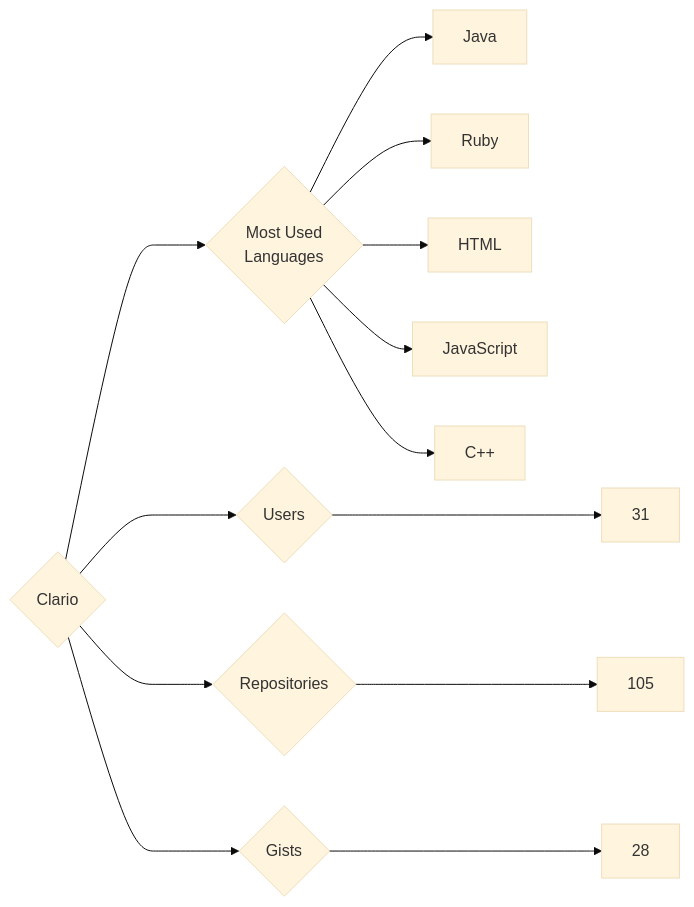
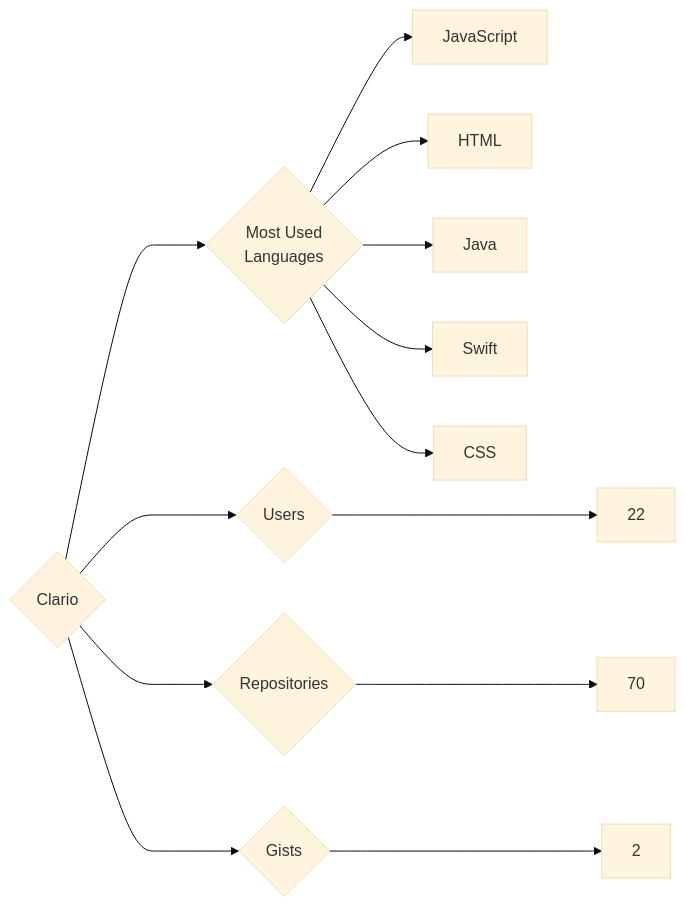
Before and after one commit to trickest/insiders: the diagram in targets/Clario/README.md, drawn with Mermaid (base theme). The commit also changed 750 other files, not shown here.

````diff
--- a/targets/Clario/README.md
+++ b/targets/Clario/README.md
@@ -3,13 +3,13 @@
 ```mermaid
 graph LR
 COMPANY_NAME{Clario}
-COMPANY_NAME ---> U{Users} ---> UN[31]
-COMPANY_NAME ---> R{Repositories} ---> RN[105]
-COMPANY_NAME ---> G{Gists} ---> GN[28]
+COMPANY_NAME ---> U{Users} ---> UN[22]
+COMPANY_NAME ---> R{Repositories} ---> RN[70]
+COMPANY_NAME ---> G{Gists} ---> GN[2]
 COMPANY_NAME ---> ML{Most Used<br>Languages}
+ML --> JavaScript[JavaScript]
+ML --> HTML[HTML]
 ML --> Java[Java]
-ML --> Ruby[Ruby]
-ML --> HTML[HTML]
-ML --> JavaScript[JavaScript]
-ML --> C++[C++]
+ML --> Swift[Swift]
+ML --> CSS[CSS]
 ```
````
